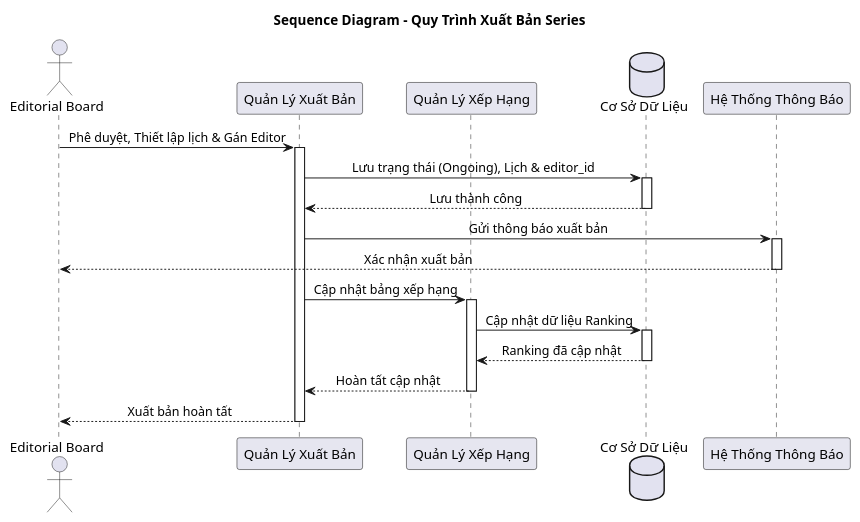
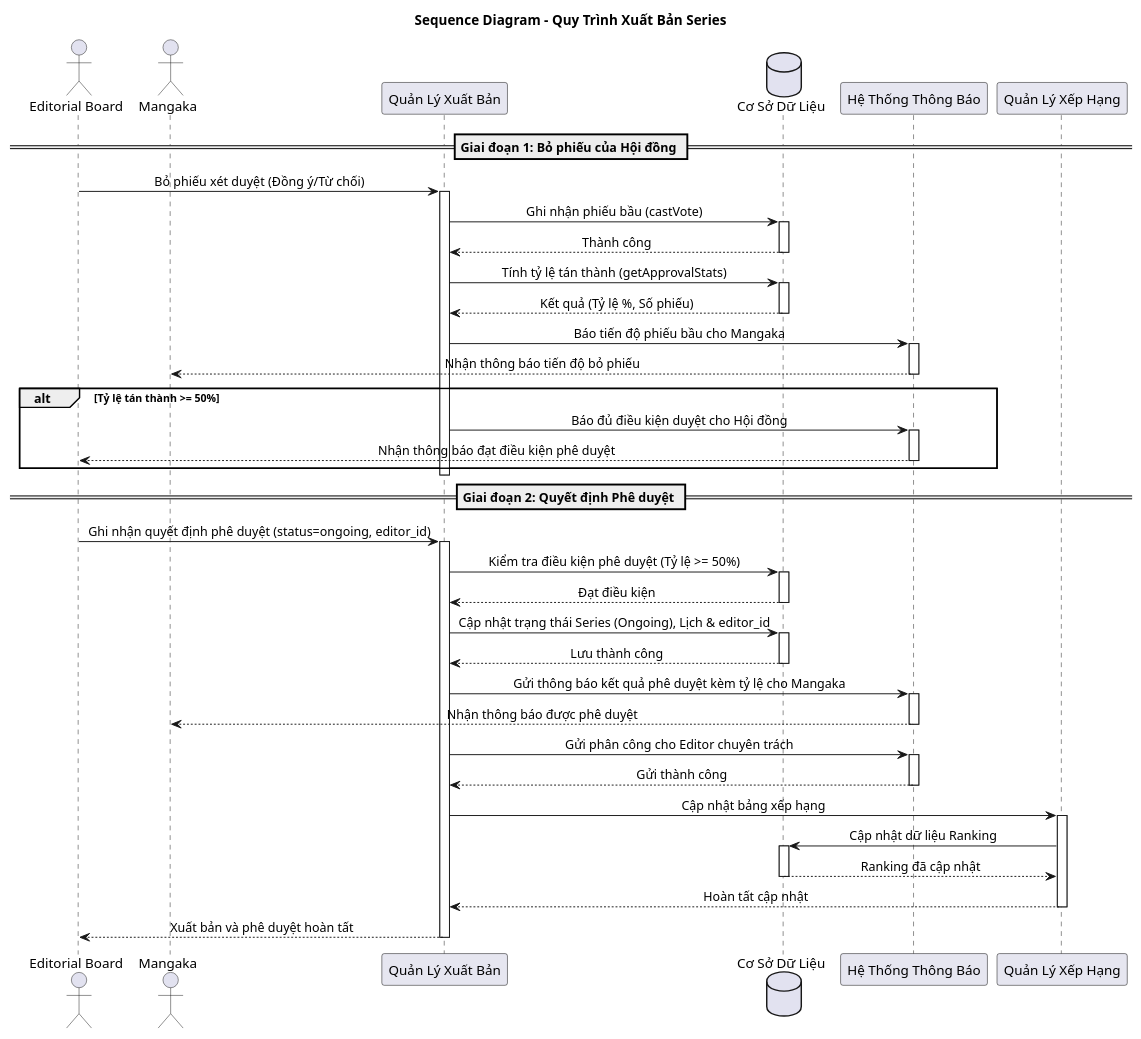
The diagram in UML/sequence_diagram_manga_series_publishing.puml (trongtan0079/Manga-publishing-management-system), drawn with PlantUML before and after one commit. The commit also changed 11 other files, not shown here.

Commit message:
Docs: Cập nhật đồng bộ sơ đồ UML (ERD, Class, Sequence) và các tài liệu thiết kế (Database_design, MVC) khớp với thực tế mã nguồn

```diff
--- a/UML/sequence_diagram_manga_series_publishing.puml
+++ b/UML/sequence_diagram_manga_series_publishing.puml
@@ -1,43 +1,82 @@
 @startuml
 
 skinparam Shadowing false
 skinparam ParticipantBackgroundColor #E6E6F0
 skinparam ParticipantBorderColor Black
 skinparam SequenceMessageAlign center
 
 title Sequence Diagram - Quy Trình Xuất Bản Series
 
 actor "Editorial Board" as Board
+actor "Mangaka" as Mangaka
 participant "Quản Lý Xuất Bản" as PublishManager
-participant "Quản Lý Xếp Hạng" as RankingManager
 database "Cơ Sở Dữ Liệu" as DB
 participant "Hệ Thống Thông Báo" as Notification
+participant "Quản Lý Xếp Hạng" as RankingManager
 
-Board -> PublishManager : Phê duyệt, Thiết lập lịch & Gán Editor
+== Giai đoạn 1: Bỏ phiếu của Hội đồng ==
+Board -> PublishManager : Bỏ phiếu xét duyệt (Đồng ý/Từ chối)
 activate PublishManager
 
-PublishManager -> DB : Lưu trạng thái (Ongoing), Lịch & editor_id
+PublishManager -> DB : Ghi nhận phiếu bầu (castVote)
+activate DB
+DB --> PublishManager : Thành công
+deactivate DB
+
+PublishManager -> DB : Tính tỷ lệ tán thành (getApprovalStats)
+activate DB
+DB --> PublishManager : Kết quả (Tỷ lệ %, Số phiếu)
+deactivate DB
+
+PublishManager -> Notification : Báo tiến độ phiếu bầu cho Mangaka
+activate Notification
+Notification --> Mangaka : Nhận thông báo tiến độ bỏ phiếu
+deactivate Notification
+
+alt Tỷ lệ tán thành >= 50%
+    PublishManager -> Notification : Báo đủ điều kiện duyệt cho Hội đồng
+    activate Notification
+    Notification --> Board : Nhận thông báo đạt điều kiện phê duyệt
+    deactivate Notification
+end
+deactivate PublishManager
+
+== Giai đoạn 2: Quyết định Phê duyệt ==
+Board -> PublishManager : Ghi nhận quyết định phê duyệt (status=ongoing, editor_id)
+activate PublishManager
+
+PublishManager -> DB : Kiểm tra điều kiện phê duyệt (Tỷ lệ >= 50%)
+activate DB
+DB --> PublishManager : Đạt điều kiện
+deactivate DB
+
+PublishManager -> DB : Cập nhật trạng thái Series (Ongoing), Lịch & editor_id
 activate DB
 DB --> PublishManager : Lưu thành công
 deactivate DB
 
-PublishManager -> Notification : Gửi thông báo xuất bản
+PublishManager -> Notification : Gửi thông báo kết quả phê duyệt kèm tỷ lệ cho Mangaka
 activate Notification
-Notification --> Board : Xác nhận xuất bản
+Notification --> Mangaka : Nhận thông báo được phê duyệt
+deactivate Notification
+
+PublishManager -> Notification : Gửi phân công cho Editor chuyên trách
+activate Notification
+Notification --> PublishManager : Gửi thành công
 deactivate Notification
 
 PublishManager -> RankingManager : Cập nhật bảng xếp hạng
 activate RankingManager
 
 RankingManager -> DB : Cập nhật dữ liệu Ranking
 activate DB
 DB --> RankingManager : Ranking đã cập nhật
 deactivate DB
 
 RankingManager --> PublishManager : Hoàn tất cập nhật
 deactivate RankingManager
 
-PublishManager --> Board : Xuất bản hoàn tất
+PublishManager --> Board : Xuất bản và phê duyệt hoàn tất
 deactivate PublishManager
 
 @enduml
```
